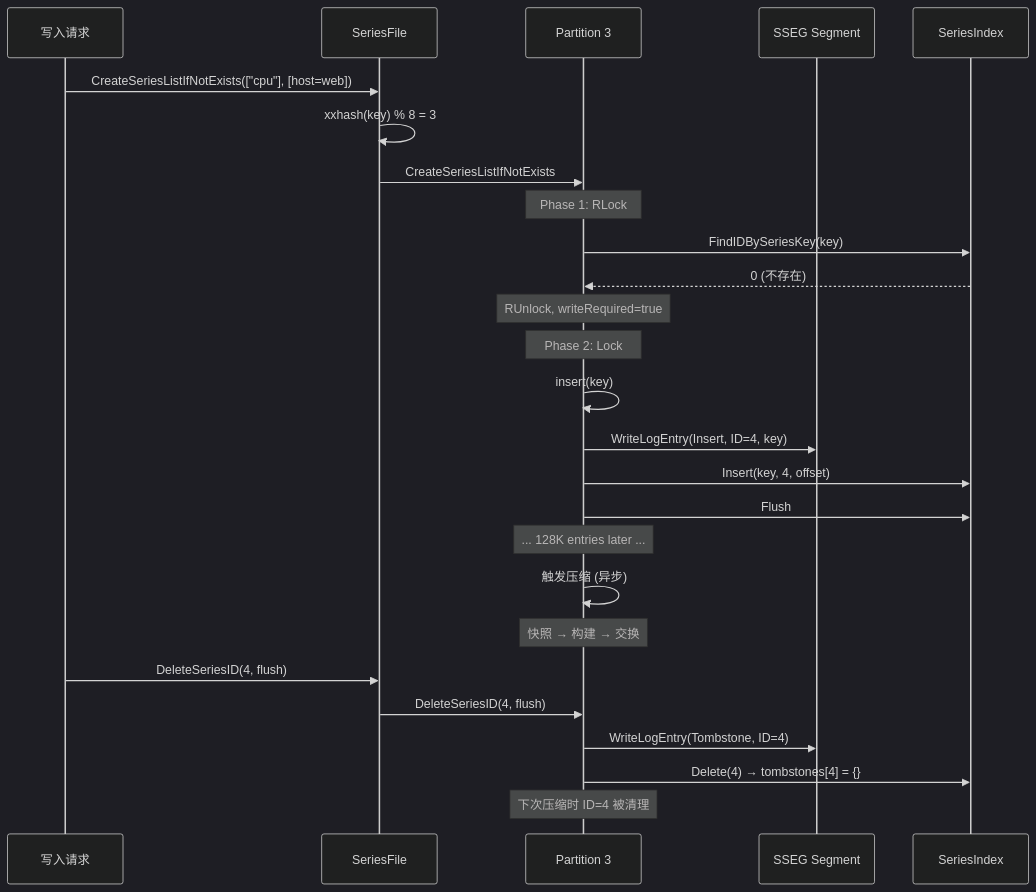
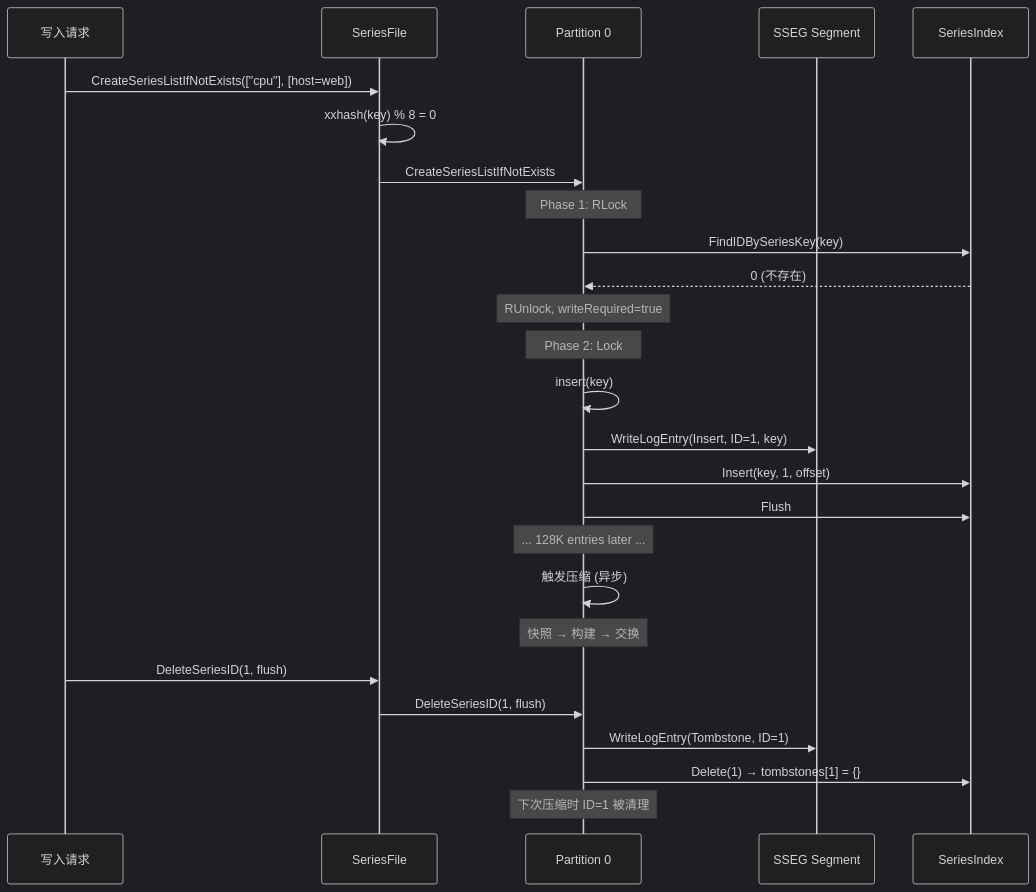
Diagram 21 of 21 in docs/specs/14_series_file_deep_dive_spec.md (stefanv5/influxdb), drawn with Mermaid (dark theme) before and after one commit. The commit also changed other lines of this file and 16 other files, not shown here.

First line of the commit message:
docs: correct and deepen the 17 architecture specs

````diff
--- a/docs/specs/14_series_file_deep_dive_spec.md
+++ b/docs/specs/14_series_file_deep_dive_spec.md
@@ -2173,34 +2409,34 @@
 ```mermaid
 sequenceDiagram
     participant W as 写入请求
     participant SF as SeriesFile
-    participant P3 as Partition 3
+    participant P0 as Partition 0
     participant SSEG as SSEG Segment
     participant IDX as SeriesIndex
 
     W->>SF: CreateSeriesListIfNotExists(["cpu"], [host=web])
-    SF->>SF: xxhash(key) % 8 = 3
-    SF->>P3: CreateSeriesListIfNotExists
+    SF->>SF: xxhash(key) % 8 = 0
+    SF->>P0: CreateSeriesListIfNotExists
 
-    Note over P3: Phase 1: RLock
-    P3->>IDX: FindIDBySeriesKey(key)
-    IDX-->>P3: 0 (不存在)
-    Note over P3: RUnlock, writeRequired=true
+    Note over P0: Phase 1: RLock
+    P0->>IDX: FindIDBySeriesKey(key)
+    IDX-->>P0: 0 (不存在)
+    Note over P0: RUnlock, writeRequired=true
 
-    Note over P3: Phase 2: Lock
-    P3->>P3: insert(key)
-    P3->>SSEG: WriteLogEntry(Insert, ID=4, key)
-    P3->>IDX: Insert(key, 4, offset)
-    P3->>IDX: Flush
+    Note over P0: Phase 2: Lock
+    P0->>P0: insert(key)
+    P0->>SSEG: WriteLogEntry(Insert, ID=1, key)
+    P0->>IDX: Insert(key, 1, offset)
+    P0->>IDX: Flush
 
-    Note over P3: ... 128K entries later ...
-    P3->>P3: 触发压缩 (异步)
-    Note over P3: 快照 → 构建 → 交换
+    Note over P0: ... 128K entries later ...
+    P0->>P0: 触发压缩 (异步)
+    Note over P0: 快照 → 构建 → 交换
 
-    W->>SF: DeleteSeriesID(4, flush)
-    SF->>P3: DeleteSeriesID(4, flush)
-    P3->>SSEG: WriteLogEntry(Tombstone, ID=4)
-    P3->>IDX: Delete(4) → tombstones[4] = {}
+    W->>SF: DeleteSeriesID(1, flush)
+    SF->>P0: DeleteSeriesID(1, flush)
+    P0->>SSEG: WriteLogEntry(Tombstone, ID=1)
+    P0->>IDX: Delete(1) → tombstones[1] = {}
 
-    Note over P3: 下次压缩时 ID=4 被清理
+    Note over P0: 下次压缩时 ID=1 被清理
 ```
````
